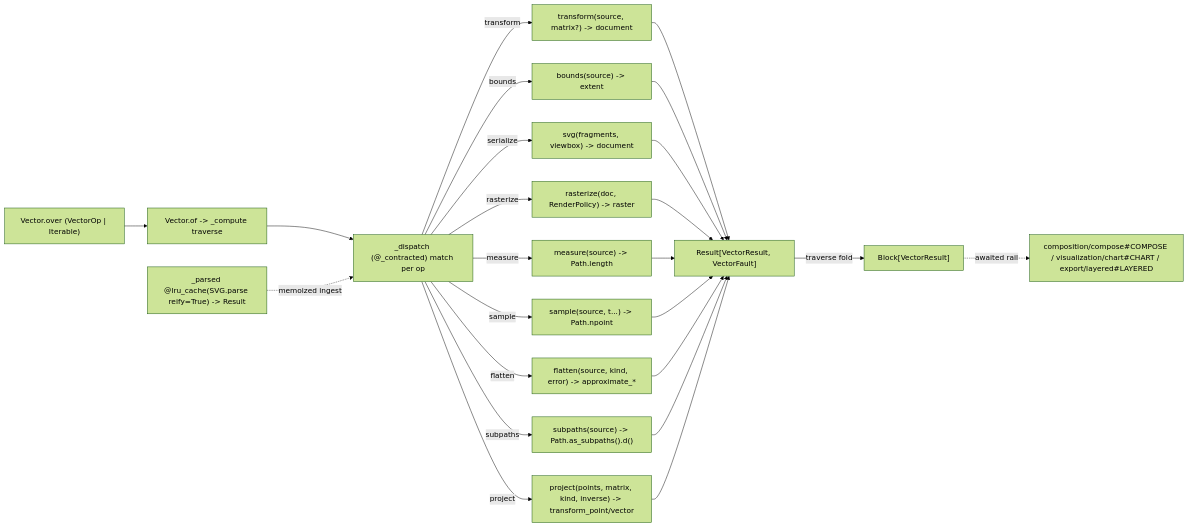
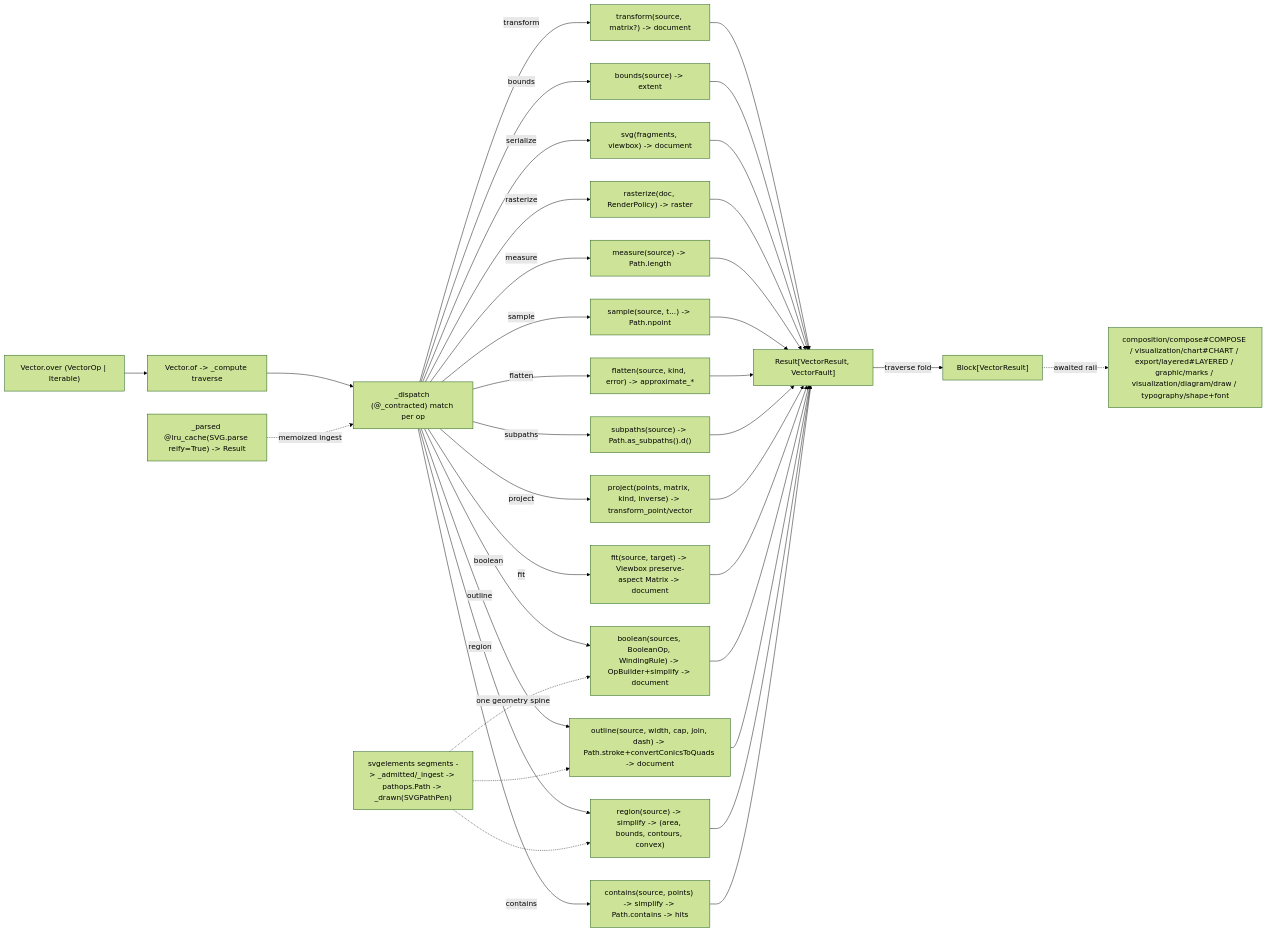
The diagram in libs/python/artifacts/.planning/graphic/vector.md (bsamiee/Rasm), drawn with Mermaid (forest theme) before and after one commit. The commit also changed other lines of this file and 108 other files, not shown here.

````diff
--- a/libs/python/artifacts/.planning/graphic/vector.md
+++ b/libs/python/artifacts/.planning/graphic/vector.md
@@ -373,26 +666,39 @@
 ```mermaid
 flowchart LR
     Over["Vector.over (VectorOp | Iterable)"] --> Of["Vector.of -> _compute traverse"]
     Of --> Disp["_dispatch (@_contracted) match per op"]
     Disp -->|transform| Tx["transform(source, matrix?) -> document"]
     Disp -->|bounds| Bd["bounds(source) -> extent"]
     Disp -->|serialize| Ser["svg(fragments, viewbox) -> document"]
     Disp -->|rasterize| Ras["rasterize(doc, RenderPolicy) -> raster"]
     Disp -->|measure| Ms["measure(source) -> Path.length"]
     Disp -->|sample| Sm["sample(source, t...) -> Path.npoint"]
     Disp -->|flatten| Fl["flatten(source, kind, error) -> approximate_*"]
     Disp -->|subpaths| Sp["subpaths(source) -> Path.as_subpaths().d()"]
     Disp -->|project| Pj["project(points, matrix, kind, inverse) -> transform_point/vector"]
+    Disp -->|fit| Ft["fit(source, target) -> Viewbox preserve-aspect Matrix -> document"]
+    Disp -->|boolean| Bl["boolean(sources, BooleanOp, WindingRule) -> OpBuilder+simplify -> document"]
+    Disp -->|outline| Ol["outline(source, width, cap, join, dash) -> Path.stroke+convertConicsToQuads -> document"]
+    Disp -->|region| Rg["region(source) -> simplify -> (area, bounds, contours, convex)"]
+    Disp -->|contains| Ct["contains(source, points) -> simplify -> Path.contains -> hits"]
     Tx --> Result["Result[VectorResult, VectorFault]"]
     Bd --> Result
     Ser --> Result
     Ras --> Result
     Ms --> Result
     Sm --> Result
     Fl --> Result
     Sp --> Result
     Pj --> Result
+    Ft --> Result
+    Bl --> Result
+    Ol --> Result
+    Rg --> Result
+    Ct --> Result
+    Spine["svgelements segments -> _admitted/_ingest -> pathops.Path -> _drawn(SVGPathPen)"] -.->|one geometry spine| Bl
+    Spine -.-> Ol
+    Spine -.-> Rg
     Parse["_parsed @lru_cache(SVG.parse reify=True) -> Result"] -.->|memoized ingest| Disp
     Result -->|traverse fold| Block["Block[VectorResult]"]
-    Block -.->|awaited rail| Consumers["composition/compose#COMPOSE / visualization/chart#CHART / export/layered#LAYERED"]
+    Block -.->|awaited rail| Consumers["composition/compose#COMPOSE / visualization/chart#CHART / export/layered#LAYERED / graphic/marks / visualization/diagram/draw / typography/shape+font"]
 ```
````
